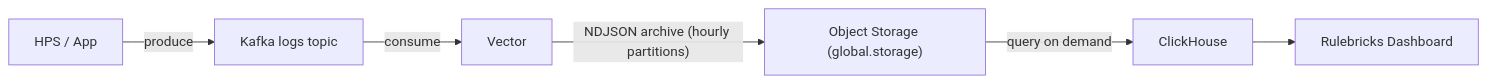
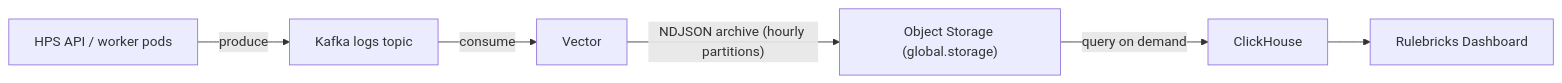
The diagram in pages/private-deployment/decision-logs.mdx (rulebricks/docs), drawn with Mermaid before and after one commit. The commit also changed other lines of this file and 12 other files, not shown here.

````diff
--- a/pages/private-deployment/decision-logs.mdx
+++ b/pages/private-deployment/decision-logs.mdx
@@ -13,8 +13,8 @@
 ```mermaid
 flowchart LR
-    HPS["HPS / App"] -->|produce| LogsTopic["Kafka logs topic"]
+    HPS["HPS API / worker pods"] -->|produce| LogsTopic["Kafka logs topic"]
     LogsTopic -->|consume| Vector[Vector]
     Vector -->|"NDJSON archive (hourly partitions)"| Bucket["Object Storage (global.storage)"]
     Bucket -->|query on demand| ClickHouse[ClickHouse]
     ClickHouse --> Dashboard[Rulebricks Dashboard]
 ```
````
